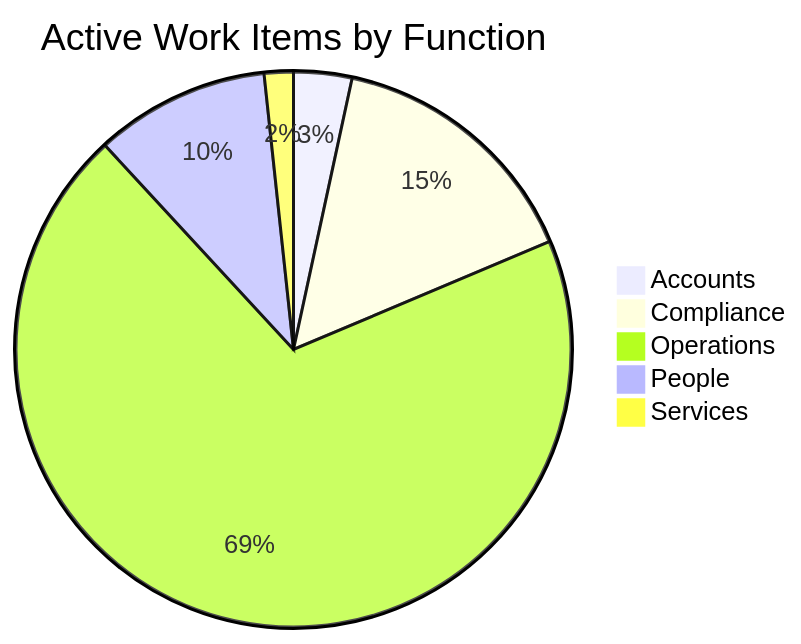
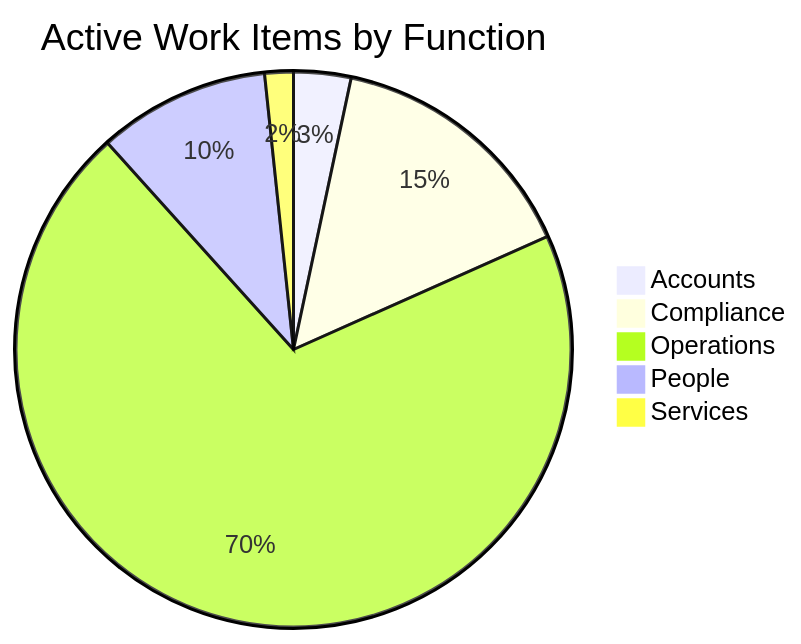
One commit to mgosal/5et.uk changed the first of 3 diagrams in dashboard.md. Above: the diagram before and after it, drawn with Mermaid. The commit also changed other lines of this file and 3 other files, not shown here.

````diff
--- a/dashboard.md
+++ b/dashboard.md
@@ -119,8 +120,8 @@
 ```mermaid
 pie title Active Work Items by Function
     "Accounts" : 2
     "Compliance" : 9
-    "Operations" : 41
+    "Operations" : 42
     "People" : 6
     "Services" : 1
 ```
````
